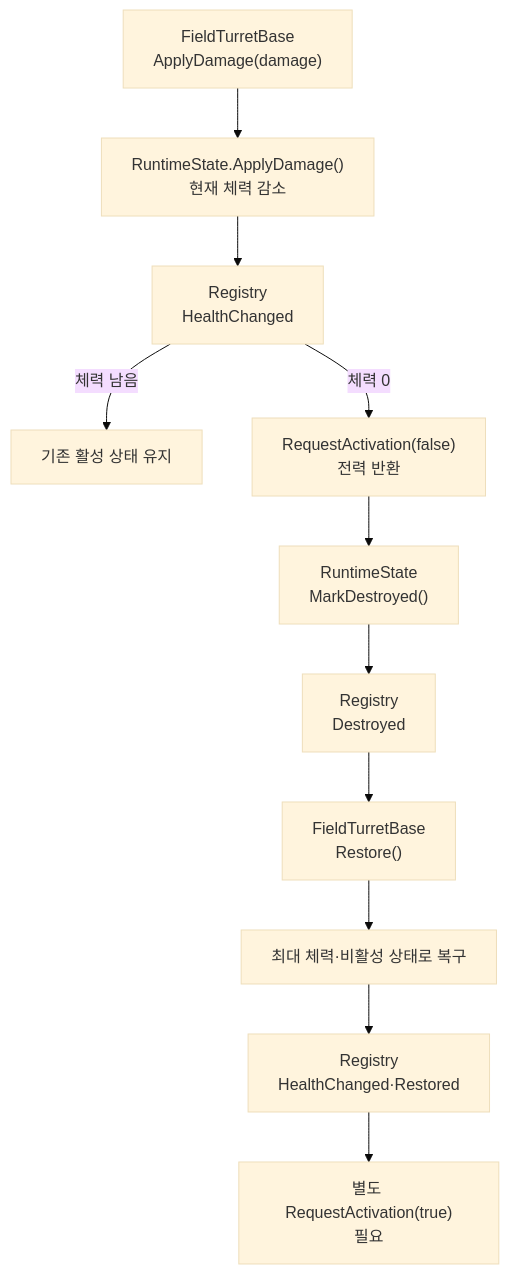
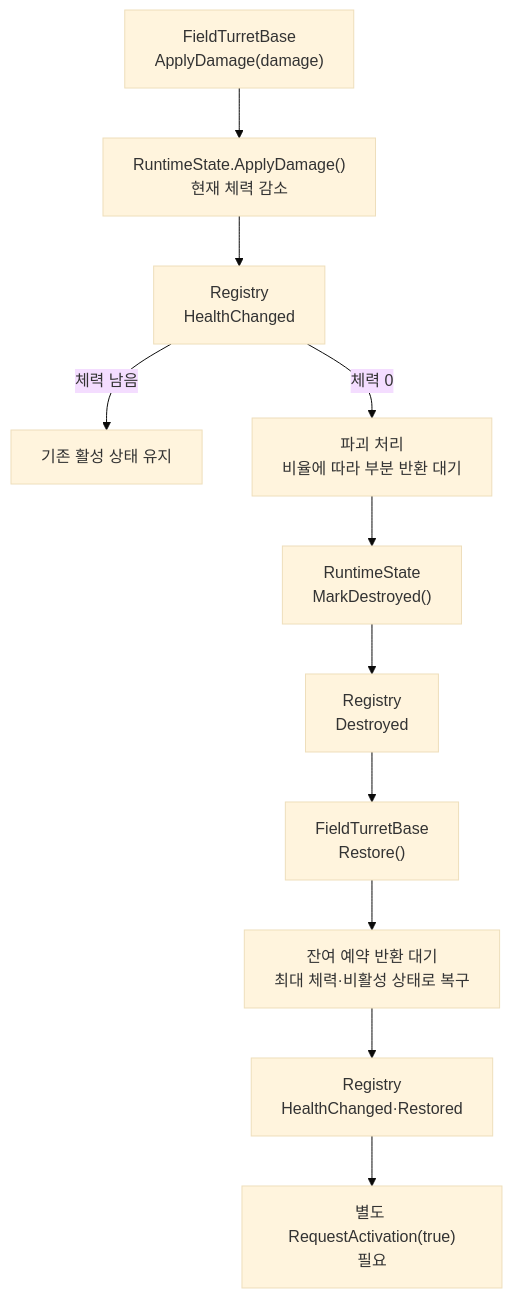
The seventh of 16 diagrams in docs/projects/the-developer/turret/runtime-flows.md (Team-HJD-21/team-hjd-docs), drawn with Mermaid (base theme) before and after one commit. The commit also changed other lines of this file and 26 other files, not shown here.

````diff
--- a/docs/projects/the-developer/turret/runtime-flows.md
+++ b/docs/projects/the-developer/turret/runtime-flows.md
@@ -359,13 +359,13 @@
 ```mermaid
 flowchart TD
     Hit["FieldTurretBase<br>ApplyDamage(damage)"] --> Reduce["RuntimeState.ApplyDamage()<br>현재 체력 감소"]
     Reduce --> HealthEvent["Registry<br>HealthChanged"]
     HealthEvent -->|체력 남음| Alive["기존 활성 상태 유지"]
-    HealthEvent -->|체력 0| Off["RequestActivation(false)<br>전력 반환"]
+    HealthEvent -->|체력 0| Off["파괴 처리<br>비율에 따라 부분 반환 대기"]
     Off --> Destroyed["RuntimeState<br>MarkDestroyed()"]
     Destroyed --> DestroyEvent["Registry<br>Destroyed"]
     DestroyEvent --> Restore["FieldTurretBase<br>Restore()"]
-    Restore --> Full["최대 체력·비활성 상태로 복구"]
+    Restore --> Full["잔여 예약 반환 대기<br>최대 체력·비활성 상태로 복구"]
     Full --> RestoreEvent["Registry<br>HealthChanged·Restored"]
     RestoreEvent --> Manual["별도 RequestActivation(true)<br>필요"]
 ```
````
